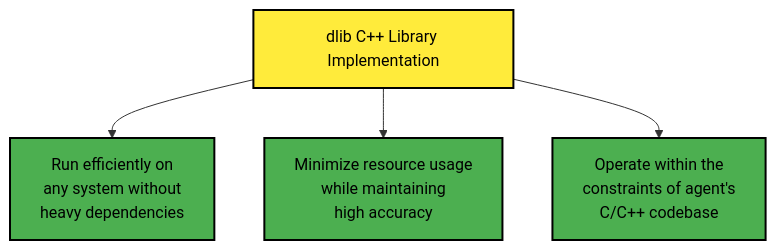
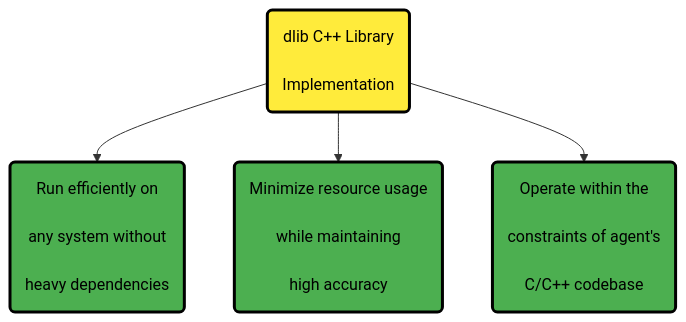
The first of 3 diagrams in src/ml/ml-configuration.md (netdata/netdata), drawn with Mermaid before and after one commit. The commit also changed other lines of this file and 3 other files, not shown here.

````diff
--- a/src/ml/ml-configuration.md
+++ b/src/ml/ml-configuration.md
@@ -20,18 +20,21 @@
 ```mermaid
 flowchart TD
-    %% Node styling
-    classDef neutral fill:#f9f9f9,stroke:#000000,color:#000000,stroke-width:2px
-    classDef success fill:#4caf50,stroke:#000000,color:#000000,stroke-width:2px
-    classDef warning fill:#ffeb3b,stroke:#000000,color:#000000,stroke-width:2px
-    classDef danger fill:#f44336,stroke:#000000,color:#000000,stroke-width:2px
+    Dlib("dlib C++ Library<br/><br/>Implementation")
     
-    Dlib[dlib C++ Library Implementation]
+    Efficiency("Run efficiently on<br/><br/>any system without<br/><br/>heavy dependencies")
+    Resources("Minimize resource usage<br/><br/>while maintaining<br/><br/>high accuracy")
+    Codebase("Operate within the<br/><br/>constraints of agent's<br/><br/>C/C++ codebase")
     
-    Dlib --> Efficiency[Run efficiently on<br/>any system without<br/>heavy dependencies]
-    Dlib --> Resources[Minimize resource usage<br/>while maintaining<br/>high accuracy]
-    Dlib --> Codebase[Operate within the<br/>constraints of agent's<br/>C/C++ codebase]
+    Dlib --> Efficiency
+    Dlib --> Resources
+    Dlib --> Codebase
+    
+    %% Style definitions
+    classDef neutral fill:#f9f9f9,stroke:#000000,stroke-width:3px,color:#000000,font-size:16px
+    classDef process fill:#ffeb3b,stroke:#000000,stroke-width:3px,color:#000000,font-size:16px
+    classDef complete fill:#4caf50,stroke:#000000,stroke-width:3px,color:#000000,font-size:16px
     
     %% Apply styles
-    class Dlib warning
-    class Efficiency,Resources,Codebase success
+    class Dlib process
+    class Efficiency,Resources,Codebase complete
 ```
````
